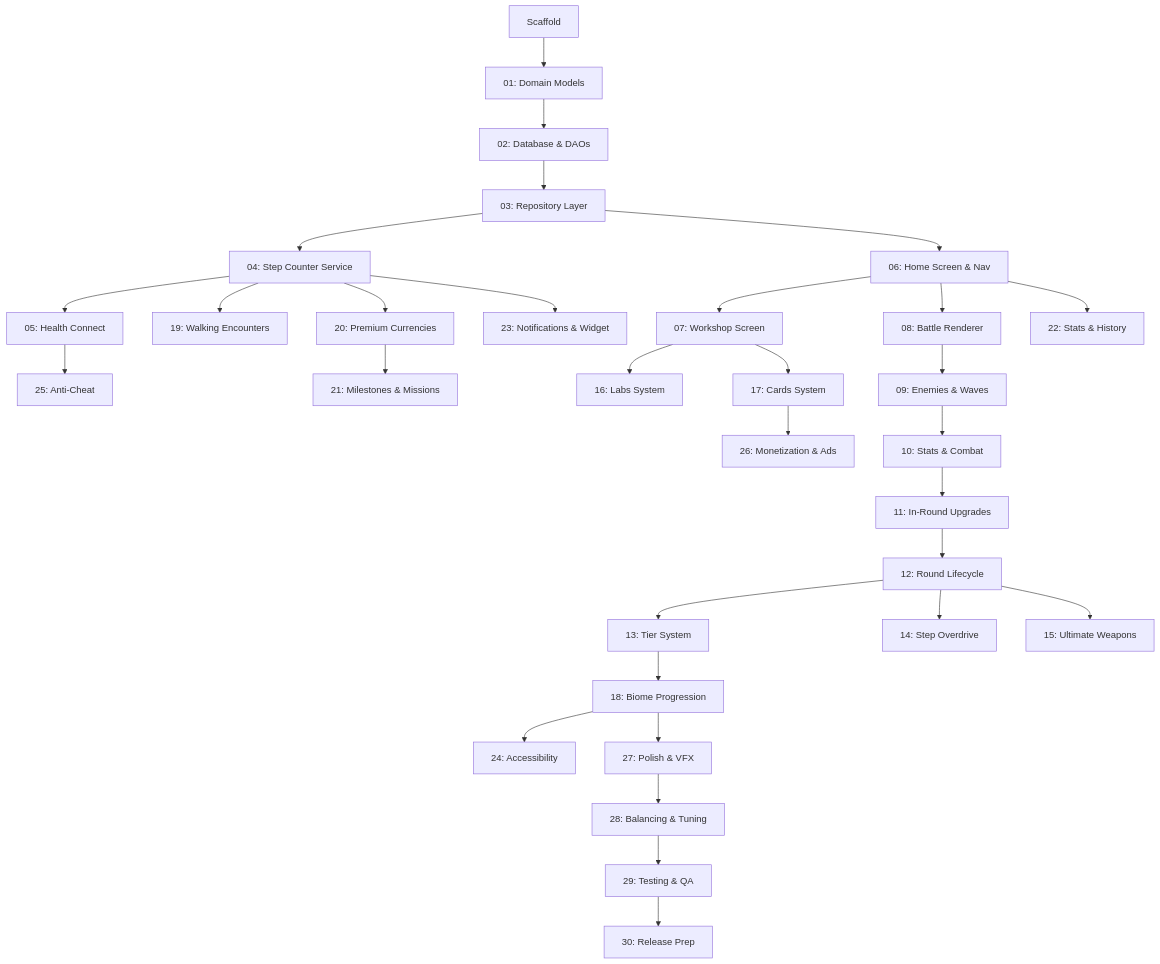
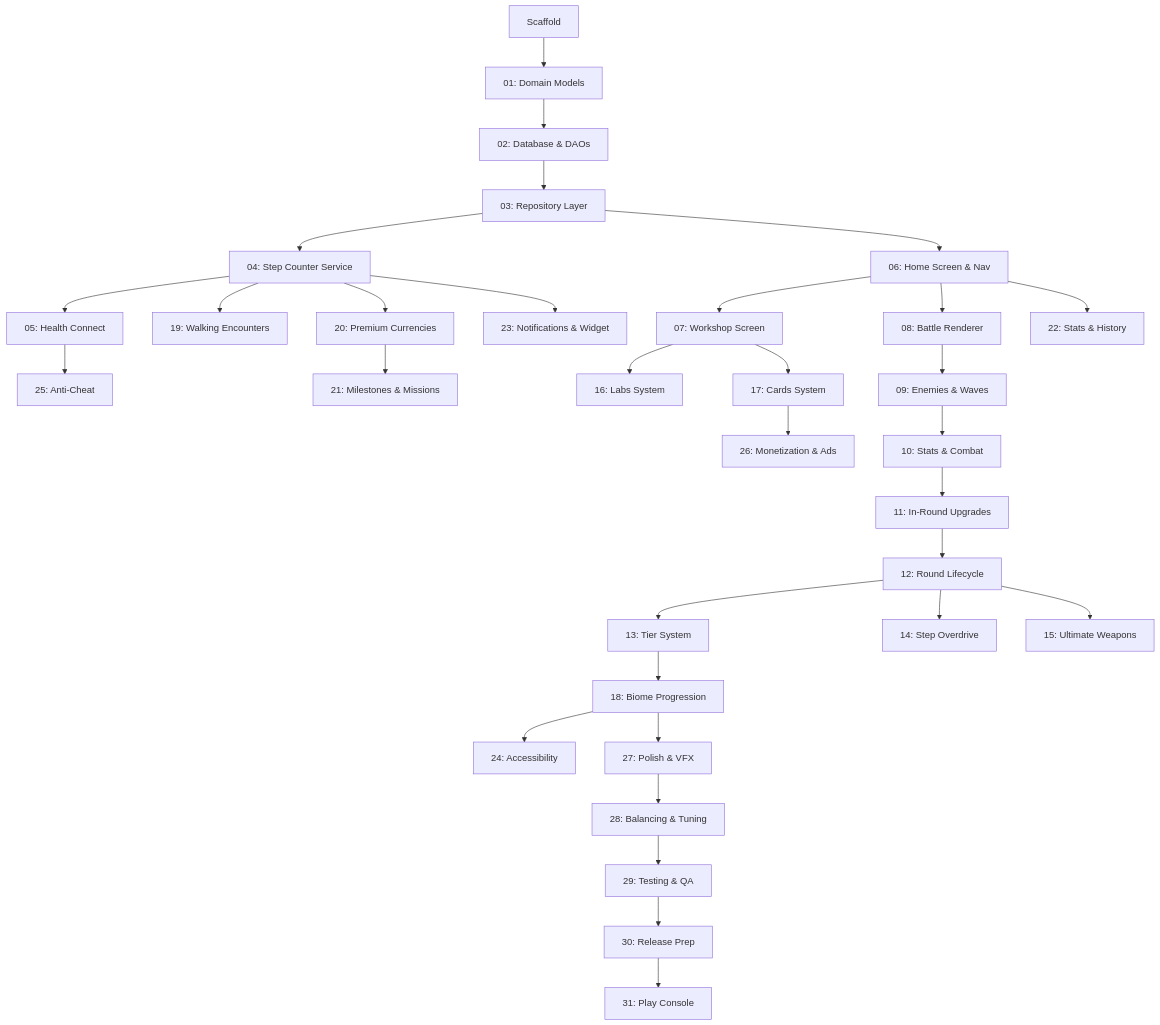
One commit to JonWhiteFang/steps-of-bablylon changed the diagram in AGENTS.md. Above: the diagram before and after it, drawn with Mermaid. The commit also changed other lines of this file and 4 other files, not shown here.

Commit message:
docs: split Plan 30/31 — move Play Console tasks to new Plan 31

````diff
--- a/AGENTS.md
+++ b/AGENTS.md
@@ -135,33 +136,34 @@
 ```mermaid
 graph TD
     S[Scaffold] --> P01[01: Domain Models]
     P01 --> P02[02: Database & DAOs]
     P02 --> P03[03: Repository Layer]
     P03 --> P04[04: Step Counter Service]
     P03 --> P06[06: Home Screen & Nav]
     P04 --> P05[05: Health Connect]
     P04 --> P19[19: Walking Encounters]
     P04 --> P20[20: Premium Currencies]
     P04 --> P23[23: Notifications & Widget]
     P05 --> P25[25: Anti-Cheat]
     P06 --> P07[07: Workshop Screen]
     P06 --> P08[08: Battle Renderer]
     P06 --> P22[22: Stats & History]
     P07 --> P16[16: Labs System]
     P07 --> P17[17: Cards System]
     P08 --> P09[09: Enemies & Waves]
     P09 --> P10[10: Stats & Combat]
     P10 --> P11[11: In-Round Upgrades]
     P11 --> P12[12: Round Lifecycle]
     P12 --> P13[13: Tier System]
     P12 --> P14[14: Step Overdrive]
     P12 --> P15[15: Ultimate Weapons]
     P13 --> P18[18: Biome Progression]
     P17 --> P26[26: Monetization & Ads]
     P18 --> P24[24: Accessibility]
     P18 --> P27[27: Polish & VFX]
     P20 --> P21[21: Milestones & Missions]
     P27 --> P28[28: Balancing & Tuning]
     P28 --> P29[29: Testing & QA]
     P29 --> P30[30: Release Prep]
+    P30 --> P31[31: Play Console]
 ```
````
